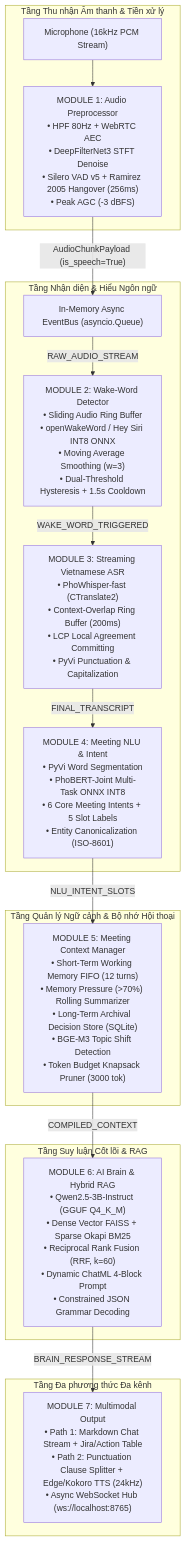
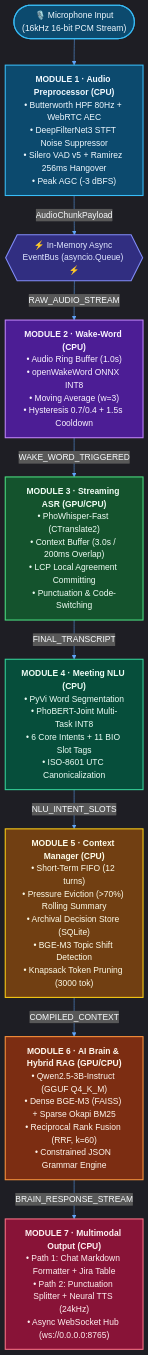
Before and after one commit to sh1kaku59/room-voice-ai: the diagram in README.md, drawn with Mermaid. The commit also changed other lines of this file and 1 other file, not shown here.

Commit message:
docs: enhance Mermaid architecture diagram styling and fix KaTeX LaTeX formula rendering

````diff
--- a/README.md
+++ b/README.md
@@ -31,26 +31,48 @@
 ```mermaid
+%%{init: {'theme': 'dark', 'themeVariables': { 'darkMode': true, 'background': 'transparent', 'mainBkg': '#1e293b', 'nodeBorder': '#38bdf8', 'lineColor': '#60a5fa', 'textColor': '#f8fafc' }}}%%
 flowchart TD
-    subgraph S1["Tầng Thu nhận Âm thanh & Tiền xử lý"]
-        MIC["Microphone (16kHz PCM Stream)"] --> M1["MODULE 1: Audio Preprocessor<br/>• HPF 80Hz + WebRTC AEC<br/>• DeepFilterNet3 STFT Denoise<br/>• Silero VAD v5 + Ramirez 2005 Hangover (256ms)<br/>• Peak AGC (-3 dBFS)"]
-    end
+    MIC(["🎙️ Microphone Input<br/>(16kHz 16-bit PCM Stream)"])
+    
+    M1["<b>MODULE 1 · Audio Preprocessor (CPU)</b><br/>• Butterworth HPF 80Hz + WebRTC AEC<br/>• DeepFilterNet3 STFT Noise Suppressor<br/>• Silero VAD v5 + Ramirez 256ms Hangover<br/>• Peak AGC (-3 dBFS)"]
 
-    M1 -->|"AudioChunkPayload (is_speech=True)"| BUS["In-Memory Async EventBus (asyncio.Queue)"]
+    BUS{{"⚡ In-Memory Async EventBus (asyncio.Queue) ⚡"}}
 
-    subgraph S2["Tầng Nhận diện & Hiểu Ngôn ngữ"]
-        BUS -->|"RAW_AUDIO_STREAM"| M2["MODULE 2: Wake-Word Detector<br/>• Sliding Audio Ring Buffer<br/>• openWakeWord / Hey Siri INT8 ONNX<br/>• Moving Average Smoothing (w=3)<br/>• Dual-Threshold Hysteresis + 1.5s Cooldown"]
-        M2 -->|"WAKE_WORD_TRIGGERED"| M3["MODULE 3: Streaming Vietnamese ASR<br/>• PhoWhisper-fast (CTranslate2)<br/>• Context-Overlap Ring Buffer (200ms)<br/>• LCP Local Agreement Committing<br/>• PyVi Punctuation & Capitalization"]
-        M3 -->|"FINAL_TRANSCRIPT"| M4["MODULE 4: Meeting NLU & Intent<br/>• PyVi Word Segmentation<br/>• PhoBERT-Joint Multi-Task ONNX INT8<br/>• 6 Core Meeting Intents + 5 Slot Labels<br/>• Entity Canonicalization (ISO-8601)"]
-    end
+    M2["<b>MODULE 2 · Wake-Word (CPU)</b><br/>• Audio Ring Buffer (1.0s)<br/>• openWakeWord ONNX INT8<br/>• Moving Average (w=3)<br/>• Hysteresis 0.7/0.4 + 1.5s Cooldown"]
 
-    subgraph S3["Tầng Quản lý Ngữ cảnh & Bộ nhớ Hội thoại"]
-        M4 -->|"NLU_INTENT_SLOTS"| M5["MODULE 5: Meeting Context Manager<br/>• Short-Term Working Memory FIFO (12 turns)<br/>• Memory Pressure (>70%) Rolling Summarizer<br/>• Long-Term Archival Decision Store (SQLite)<br/>• BGE-M3 Topic Shift Detection<br/>• Token Budget Knapsack Pruner (3000 tok)"]
-    end
+    M3["<b>MODULE 3 · Streaming ASR (GPU/CPU)</b><br/>• PhoWhisper-Fast (CTranslate2)<br/>• Context Buffer (3.0s / 200ms Overlap)<br/>• LCP Local Agreement Committing<br/>• Punctuation & Code-Switching"]
 
-    subgraph S4["Tầng Suy luận Cốt lõi & RAG"]
-        M5 -->|"COMPILED_CONTEXT"| M6["MODULE 6: AI Brain & Hybrid RAG<br/>• Qwen2.5-3B-Instruct (GGUF Q4_K_M)<br/>• Dense Vector FAISS + Sparse Okapi BM25<br/>• Reciprocal Rank Fusion (RRF, k=60)<br/>• Dynamic ChatML 4-Block Prompt<br/>• Constrained JSON Grammar Decoding"]
-    end
+    M4["<b>MODULE 4 · Meeting NLU (CPU)</b><br/>• PyVi Word Segmentation<br/>• PhoBERT-Joint Multi-Task INT8<br/>• 6 Core Intents + 11 BIO Slot Tags<br/>• ISO-8601 UTC Canonicalization"]
 
-    subgraph S5["Tầng Đa phương thức Đa kênh"]
-        M6 -->|"BRAIN_RESPONSE_STREAM"| M7["MODULE 7: Multimodal Output<br/>• Path 1: Markdown Chat Stream + Jira/Action Table<br/>• Path 2: Punctuation Clause Splitter + Edge/Kokoro TTS (24kHz)<br/>• Async WebSocket Hub (ws://localhost:8765)"]
-    end
+    M5["<b>MODULE 5 · Context Manager (CPU)</b><br/>• Short-Term FIFO (12 turns)<br/>• Pressure Eviction (>70%) Rolling Summary<br/>• Archival Decision Store (SQLite)<br/>• BGE-M3 Topic Shift Detection<br/>• Knapsack Token Pruning (3000 tok)"]
+
+    M6["<b>MODULE 6 · AI Brain & Hybrid RAG (GPU/CPU)</b><br/>• Qwen2.5-3B-Instruct (GGUF Q4_K_M)<br/>• Dense BGE-M3 (FAISS) + Sparse Okapi BM25<br/>• Reciprocal Rank Fusion (RRF, k=60)<br/>• Constrained JSON Grammar Engine"]
+
+    M7["<b>MODULE 7 · Multimodal Output (CPU)</b><br/>• Path 1: Chat Markdown Formatter + Jira Table<br/>• Path 2: Punctuation Splitter + Neural TTS (24kHz)<br/>• Async WebSocket Hub (ws://0.0.0.0:8765)"]
+
+    MIC --> M1
+    M1 -->|AudioChunkPayload| BUS
+    BUS -->|RAW_AUDIO_STREAM| M2
+    M2 -->|WAKE_WORD_TRIGGERED| M3
+    M3 -->|FINAL_TRANSCRIPT| M4
+    M4 -->|NLU_INTENT_SLOTS| M5
+    M5 -->|COMPILED_CONTEXT| M6
+    M6 -->|BRAIN_RESPONSE_STREAM| M7
+
+    classDef audio fill:#0c4a6e,stroke:#38bdf8,stroke-width:2px,color:#f0f9ff;
+    classDef bus fill:#312e81,stroke:#818cf8,stroke-width:2px,color:#e0e7ff;
+    classDef speech fill:#4c1d95,stroke:#c084fc,stroke-width:2px,color:#faf5ff;
+    classDef asr fill:#14532d,stroke:#4ade80,stroke-width:2px,color:#f0fdf4;
+    classDef nlu fill:#064e3b,stroke:#34d399,stroke-width:2px,color:#ecfdf5;
+    classDef ctx fill:#713f12,stroke:#facc15,stroke-width:2px,color:#fefce8;
+    classDef brain fill:#7c2d12,stroke:#fb923c,stroke-width:2px,color:#fff7ed;
+    classDef out fill:#881337,stroke:#fb7185,stroke-width:2px,color:#fff1f2;
+
+    class MIC,M1 audio;
+    class BUS bus;
+    class M2 speech;
+    class M3 asr;
+    class M4 nlu;
+    class M5 ctx;
+    class M6 brain;
+    class M7 out;
 ```
````
